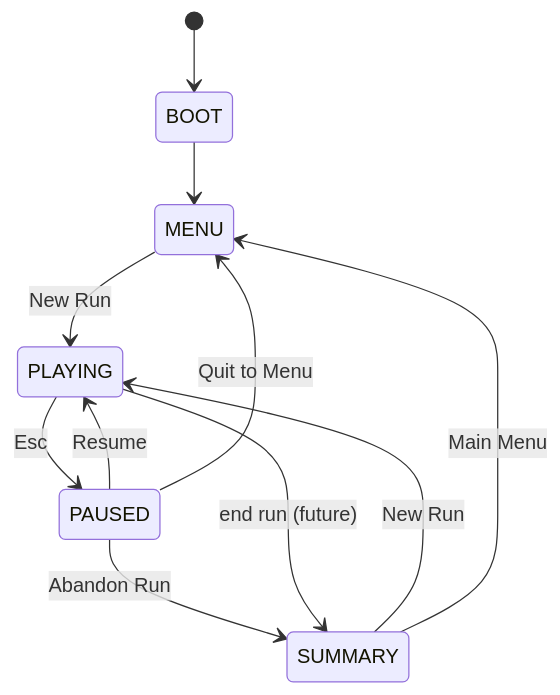
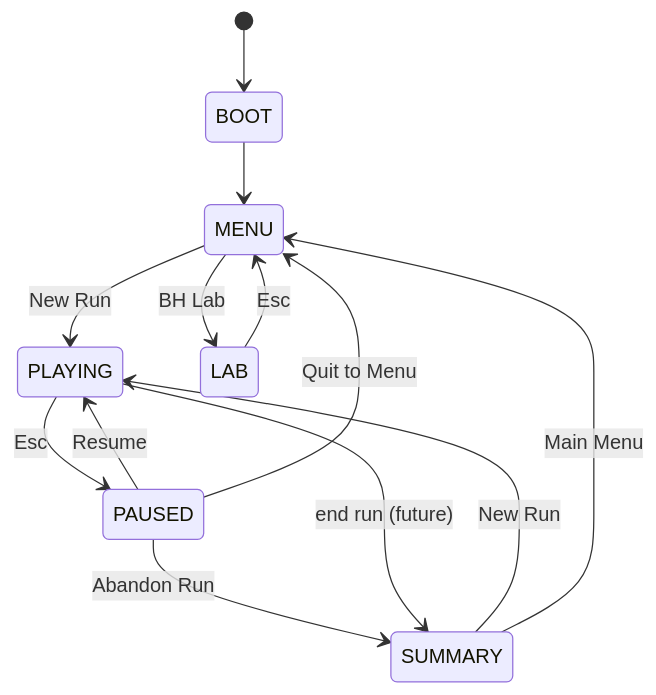
The diagram in wiki/architecture/game-shell.md (ysSemanticSystems/accretion), drawn with Mermaid before and after one commit. The commit also changed other lines of this file and 29 other files, not shown here.

````diff
--- a/wiki/architecture/game-shell.md
+++ b/wiki/architecture/game-shell.md
@@ -39,13 +39,15 @@
 ```mermaid
 stateDiagram-v2
   [*] --> BOOT
   BOOT --> MENU
   MENU --> PLAYING: New Run
+  MENU --> LAB: BH Lab
+  LAB --> MENU: Esc
   PLAYING --> PAUSED: Esc
   PAUSED --> PLAYING: Resume
   PAUSED --> SUMMARY: Abandon Run
   PAUSED --> MENU: Quit to Menu
   SUMMARY --> PLAYING: New Run
   SUMMARY --> MENU: Main Menu
   PLAYING --> SUMMARY: end run (future)
 ```
````
